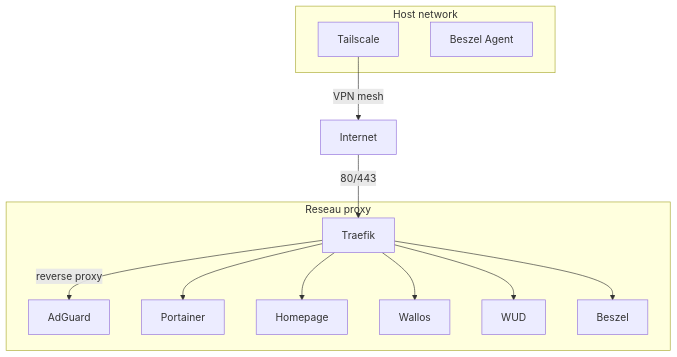
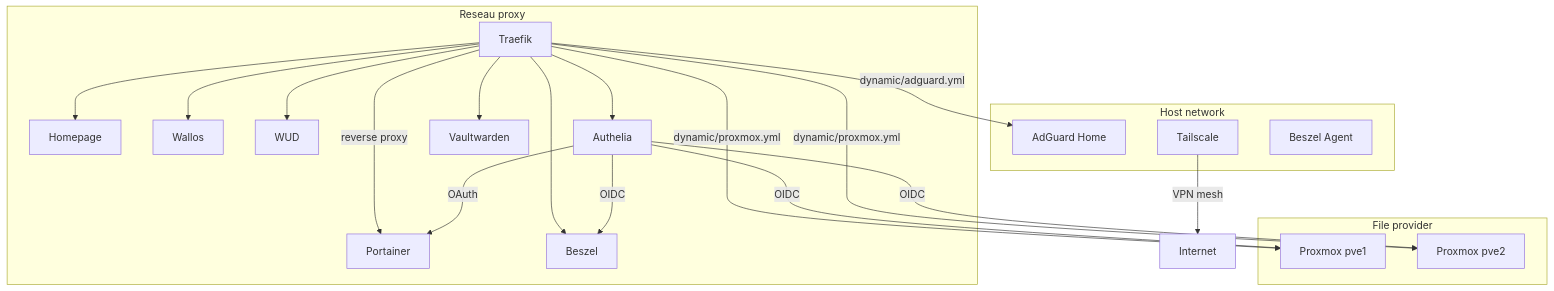
One commit to GabinSMD/homelab-doc changed the diagram in docs/services/docker-stack.md. Above: the diagram before and after it, drawn with Mermaid. The commit also changed other lines of this file and 7 other files, not shown here.

````diff
--- a/docs/services/docker-stack.md
+++ b/docs/services/docker-stack.md
@@ -21,19 +23,30 @@
 ```mermaid
 graph TB
     subgraph Reseau proxy
-        Traefik -->|reverse proxy| AdGuard
-        Traefik --> Portainer
+        Traefik -->|reverse proxy| Portainer
         Traefik --> Homepage
         Traefik --> Wallos
         Traefik --> WUD
         Traefik --> Beszel
+        Traefik --> Authelia
+        Traefik --> Vaultwarden
     end
     
     subgraph Host network
+        AdGuard[AdGuard Home]
         Tailscale
         BeszelAgent[Beszel Agent]
     end
+
+    subgraph File provider
+        Traefik -->|dynamic/adguard.yml| AdGuard
+        Traefik -->|dynamic/proxmox.yml| PVE1[Proxmox pve1]
+        Traefik -->|dynamic/proxmox.yml| PVE2[Proxmox pve2]
+    end
     
-    Internet -->|80/443| Traefik
     Tailscale -->|VPN mesh| Internet
+    Authelia -->|OIDC| PVE1
+    Authelia -->|OIDC| PVE2
+    Authelia -->|OAuth| Portainer
+    Authelia -->|OIDC| Beszel
 ```
````
